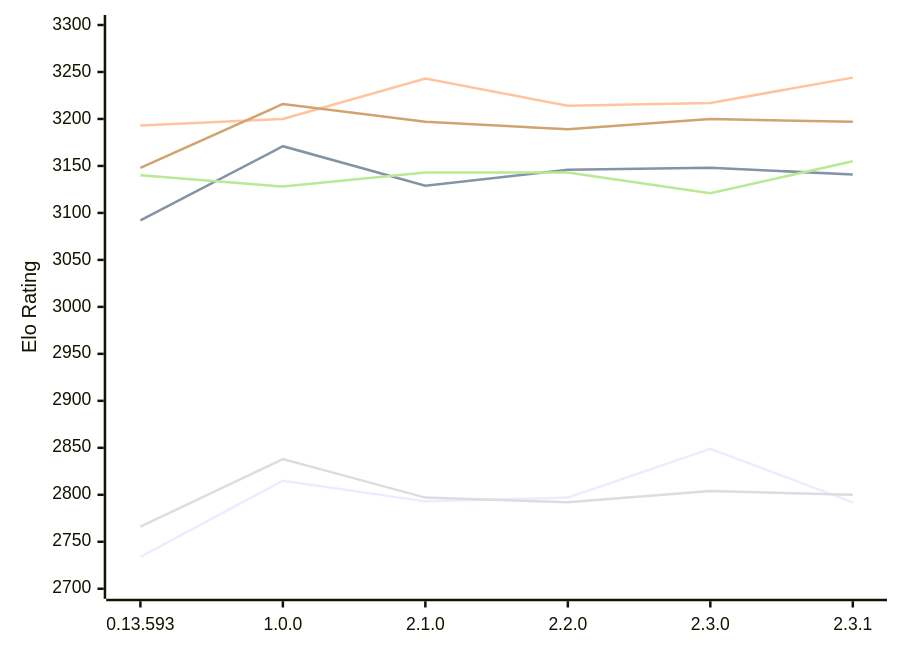
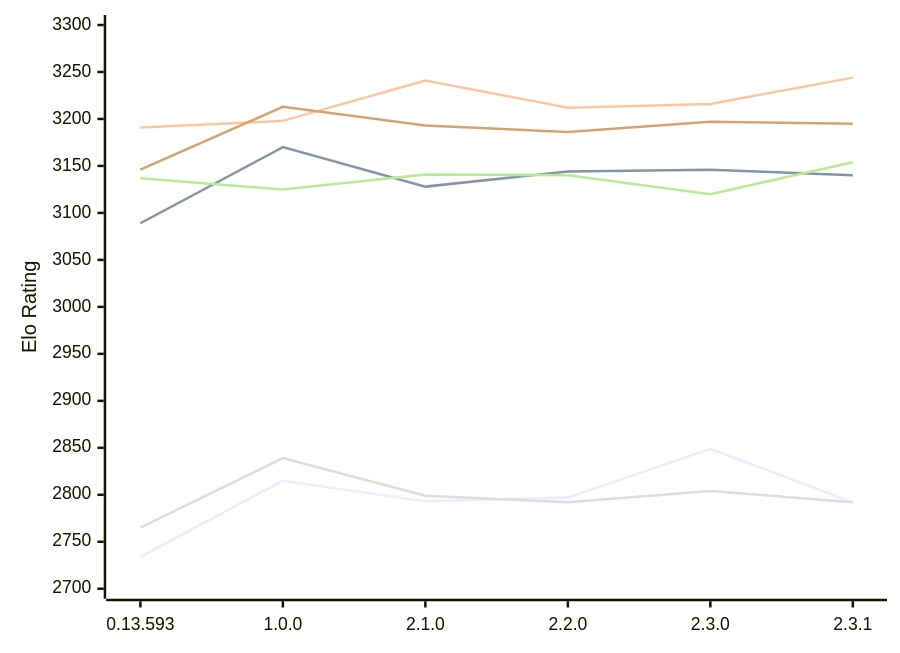
One commit to computer-chess-index/cci changed the diagram in engines/Pawnstar.md. Above: the diagram before and after it, drawn with Mermaid. The commit also changed other lines of this file, not shown here.

Commit message:
Update CCI Ratings (ELO VLTC) - 2026-11-19

````diff
--- a/engines/Pawnstar.md
+++ b/engines/Pawnstar.md
@@ -57,12 +57,12 @@
 ```mermaid
 %%{init: {"theme":"base","themeVariables":{"seriesColors:['#a3a3a3','#222221','#faa371']}}}%%
 xychart-beta
   x-axis ["0.13.593", "1.0.0", "2.1.0", "2.2.0", "2.3.0", "2.3.1"]
   y-axis "Elo Rating" 2700 --> 3300
   line "E1: STC (8.0+0.08s)" [2734, 2815, 2793, 2797, 2849, 2792]
-  line "E1: LTC (60.0+0.60s)" [3092, 3171, 3129, 3146, 3148, 3141]
-  line "E1: VLTC (2m24s+1.12s)" [3193, 3200, 3243, 3214, 3217, 3244]
-  line "P1: STC (8.0+0.08s)" [2766, 2838, 2797, 2792, 2804, 2800]
-  line "P1: LTC (60.0+0.60s)" [3140, 3128, 3143, 3143, 3121, 3155]
-  line "P1: VLTC (2m24s+1.12s)" [3148, 3216, 3197, 3189, 3200, 3197]
+  line "E1: LTC (60.0+0.60s)" [3089, 3170, 3128, 3144, 3146, 3140]
+  line "E1: VLTC (2m24s+1.12s)" [3191, 3198, 3241, 3212, 3216, 3244]
+  line "P1: STC (8.0+0.08s)" [2765, 2839, 2799, 2792, 2804, 2792]
+  line "P1: LTC (60.0+0.60s)" [3137, 3125, 3141, 3140, 3120, 3154]
+  line "P1: VLTC (2m24s+1.12s)" [3146, 3213, 3193, 3186, 3197, 3195]
 ```
````
